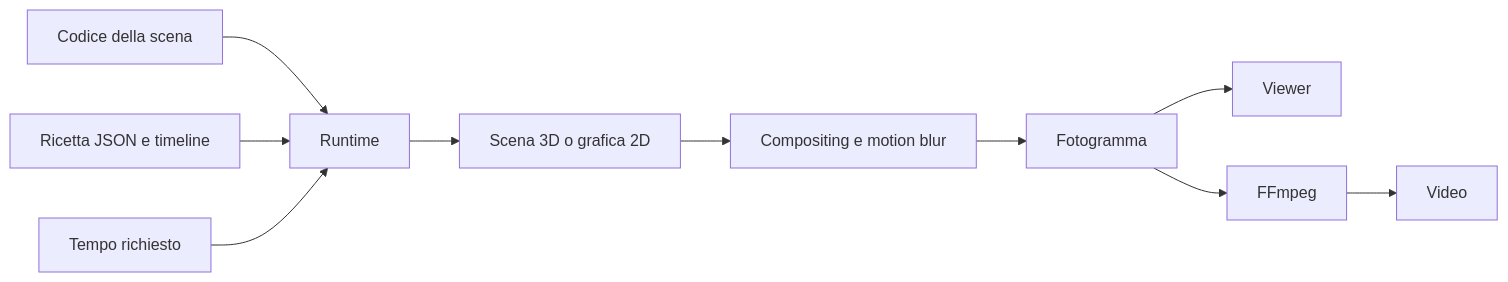
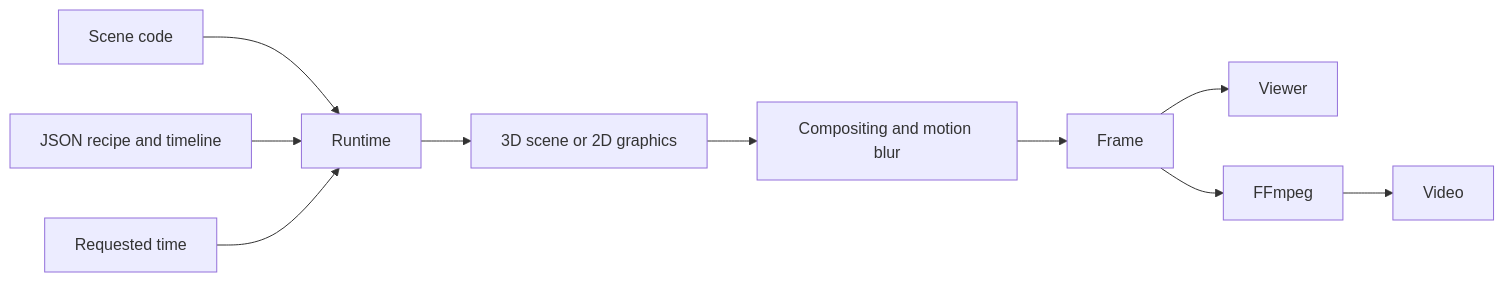
Before and after one commit to AndreXes03/motion-lab: the diagram in docs/ARCHITECTURE.md, drawn with Mermaid. The commit also changed other lines of this file and 21 other files, not shown here.

````diff
--- a/docs/ARCHITECTURE.md
+++ b/docs/ARCHITECTURE.md
@@ -5,12 +5,12 @@
 ```mermaid
 flowchart LR
-    A[Codice della scena] --> C[Runtime]
-    B[Ricetta JSON e timeline] --> C
-    T[Tempo richiesto] --> C
-    C --> D[Scena 3D o grafica 2D]
-    D --> E[Compositing e motion blur]
-    E --> F[Fotogramma]
+    A[Scene code] --> C[Runtime]
+    B[JSON recipe and timeline] --> C
+    T[Requested time] --> C
+    C --> D[3D scene or 2D graphics]
+    D --> E[Compositing and motion blur]
+    E --> F[Frame]
     F --> G[Viewer]
     F --> H[FFmpeg]
     H --> I[Video]
 ```
````
